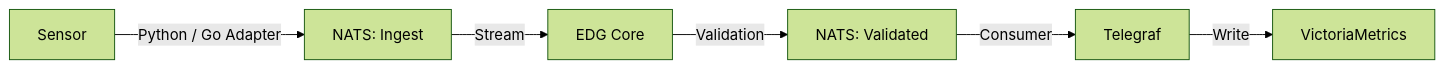
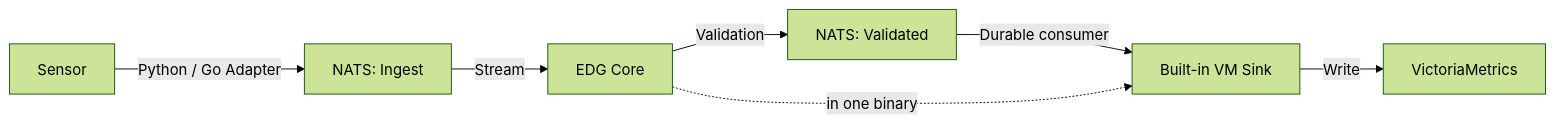
One commit to e7217/edg changed the diagram in README.md. Above: the diagram before and after it, drawn with Mermaid (forest theme). The commit also changed other lines of this file and 25 other files, not shown here.

First line of the commit message:
feat(sink)!: replace Telegraf with built-in VictoriaMetrics sink (#97)

````diff
--- a/README.md
+++ b/README.md
@@ -134,8 +137,9 @@
 ```mermaid
 graph LR
     Sensor[Sensor] -->|Python / Go Adapter| NATS1[NATS: Ingest]
     NATS1 -->|Stream| Core[EDG Core]
     Core -->|Validation| NATS2[NATS: Validated]
-    NATS2 -->|Consumer| Telegraf
-    Telegraf -->|Write| VM[VictoriaMetrics]
+    NATS2 -->|Durable consumer| Sink[Built-in VM Sink]
+    Sink -->|Write| VM[VictoriaMetrics]
+    Core -.->|in one binary| Sink
 ```
````
